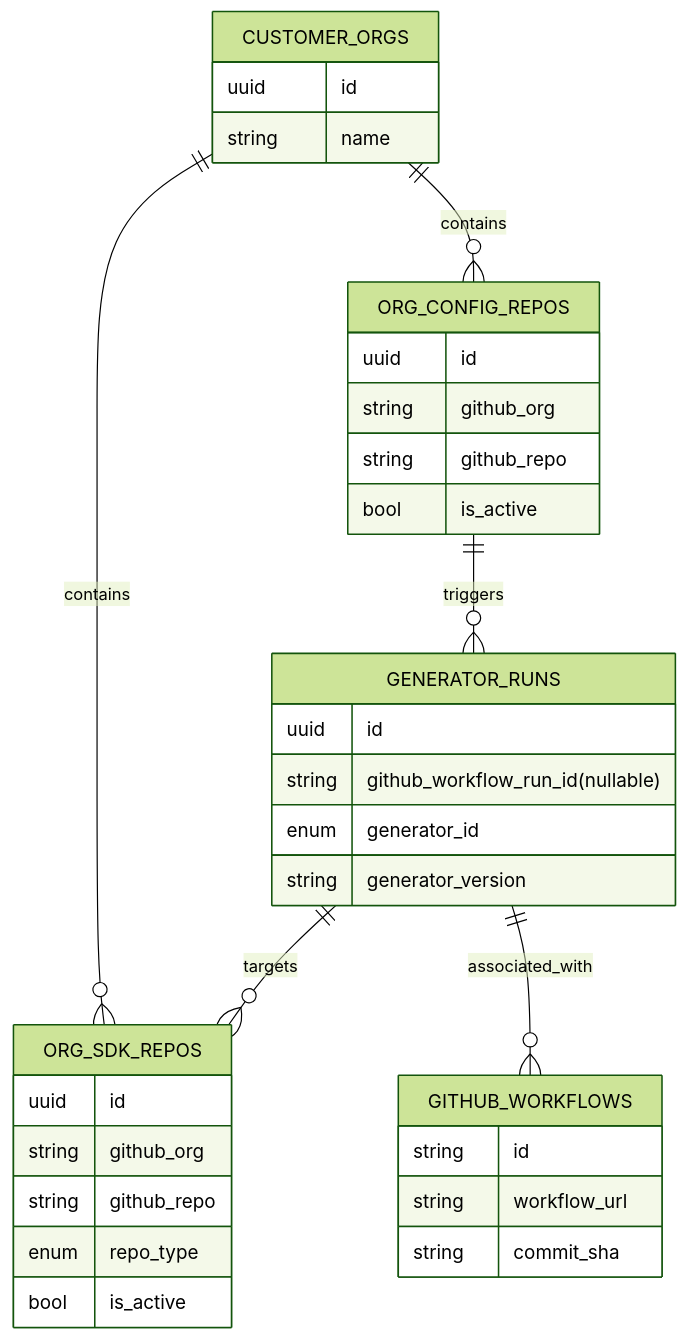
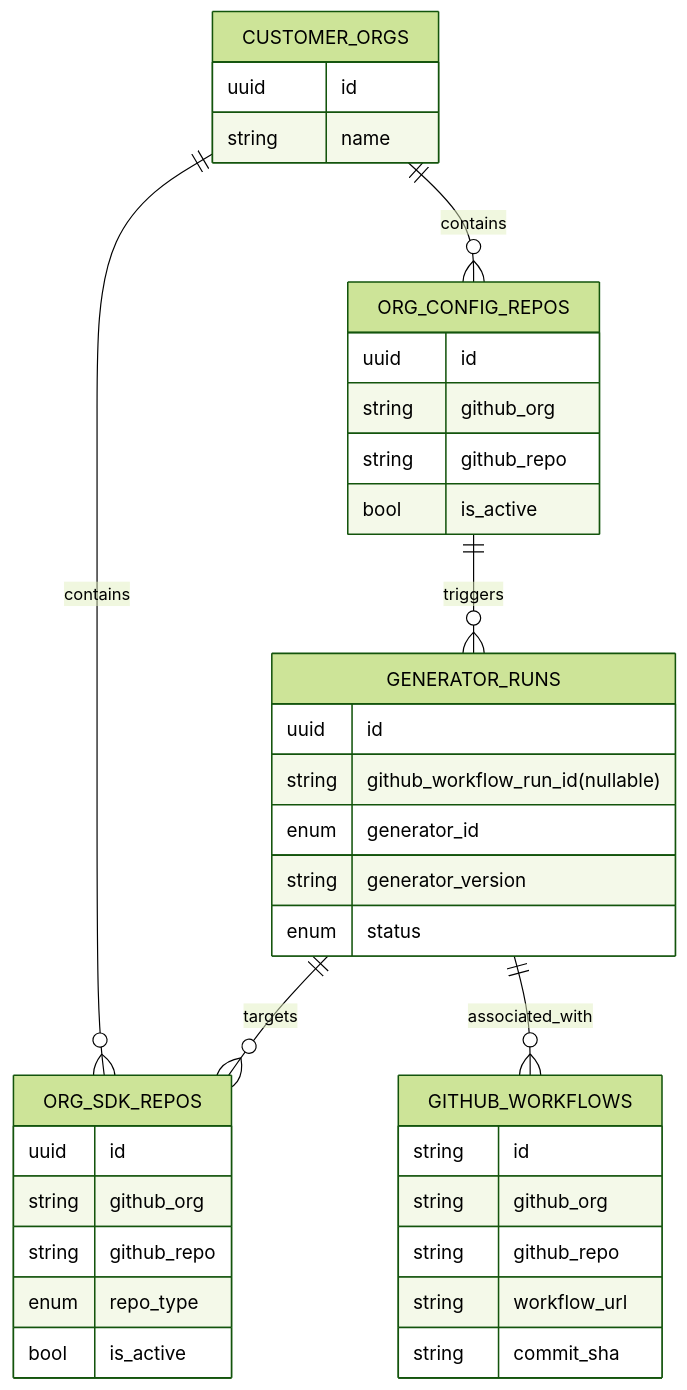
Before and after one commit to fern-api/fern-autopilot: the diagram in DATABASE_SCHEMA.md, drawn with Mermaid (forest theme).

Commit message:
additional db schema improvements

````diff
--- a/DATABASE_SCHEMA.md
+++ b/DATABASE_SCHEMA.md
@@ -1,44 +1,47 @@
 ```mermaid
 erDiagram
     CUSTOMER_ORGS {
         uuid id
         string name
     }
 
     CUSTOMER_ORGS ||--o{ ORG_SDK_REPOS : contains
     CUSTOMER_ORGS ||--o{ ORG_CONFIG_REPOS : contains
 
     ORG_SDK_REPOS {
         uuid id
         string github_org
         string github_repo
         enum repo_type
         bool is_active
     }
 
     ORG_CONFIG_REPOS {
         uuid id
         string github_org
         string github_repo
         bool is_active
     }
 
     GENERATOR_RUNS {
         uuid id
         string github_workflow_run_id(nullable)
         enum generator_id
         string generator_version
+        enum status
     }
 
     ORG_CONFIG_REPOS ||--o{ GENERATOR_RUNS : triggers
 
     GENERATOR_RUNS ||--o{ ORG_SDK_REPOS : targets
 
     GITHUB_WORKFLOWS {
         string id
+        string github_org
+        string github_repo
         string workflow_url
         string commit_sha
     }
 
     GENERATOR_RUNS ||--o{ GITHUB_WORKFLOWS : associated_with
 ```
````
